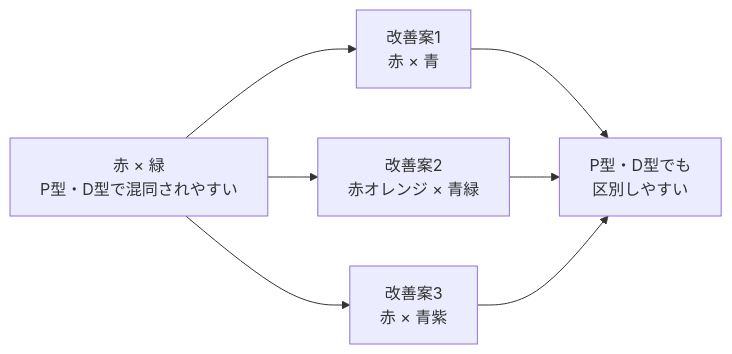
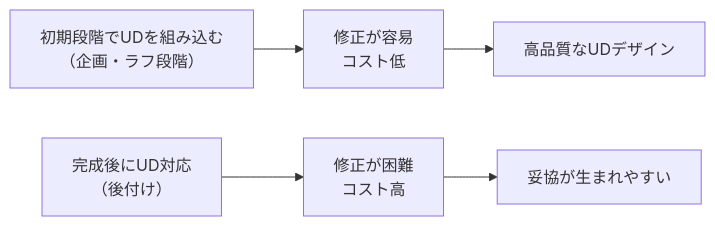
One commit to ozaki25/color-coordination-training-ozaki25 changed the diagram in docs/lessons/lesson26/index.md. Above: the diagram before and after it, drawn with Mermaid. The commit also changed other lines of this file and 39 other files, not shown here.

````diff
--- a/docs/lessons/lesson26/index.md
+++ b/docs/lessons/lesson26/index.md
@@ -31,9 +123,7 @@
 ```mermaid
 graph LR
-    A["赤 × 緑\nP型・D型で混同されやすい"] --> B["改善案1\n赤 × 青"]
-    A --> C["改善案2\n赤オレンジ × 青緑"]
-    A --> D["改善案3\n赤 × 青紫"]
-    B --> E["P型・D型でも\n区別しやすい"]
-    C --> E
-    D --> E
+    A["初期段階でUDを組み込む\n（企画・ラフ段階）"] --> B["修正が容易\nコスト低"]
+    C["完成後にUD対応\n（後付け）"] --> D["修正が困難\nコスト高"]
+    B --> E["高品質なUDデザイン"]
+    D --> F["妥協が生まれやすい"]
 ```
````
